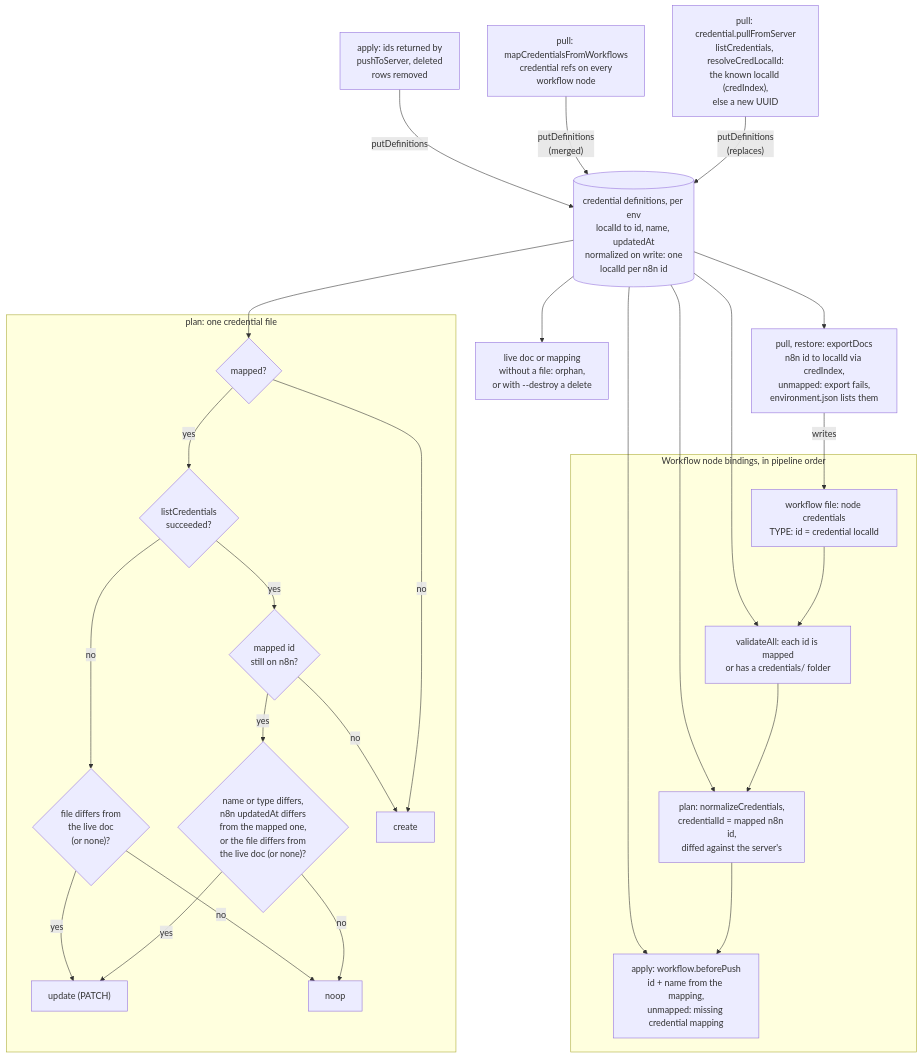
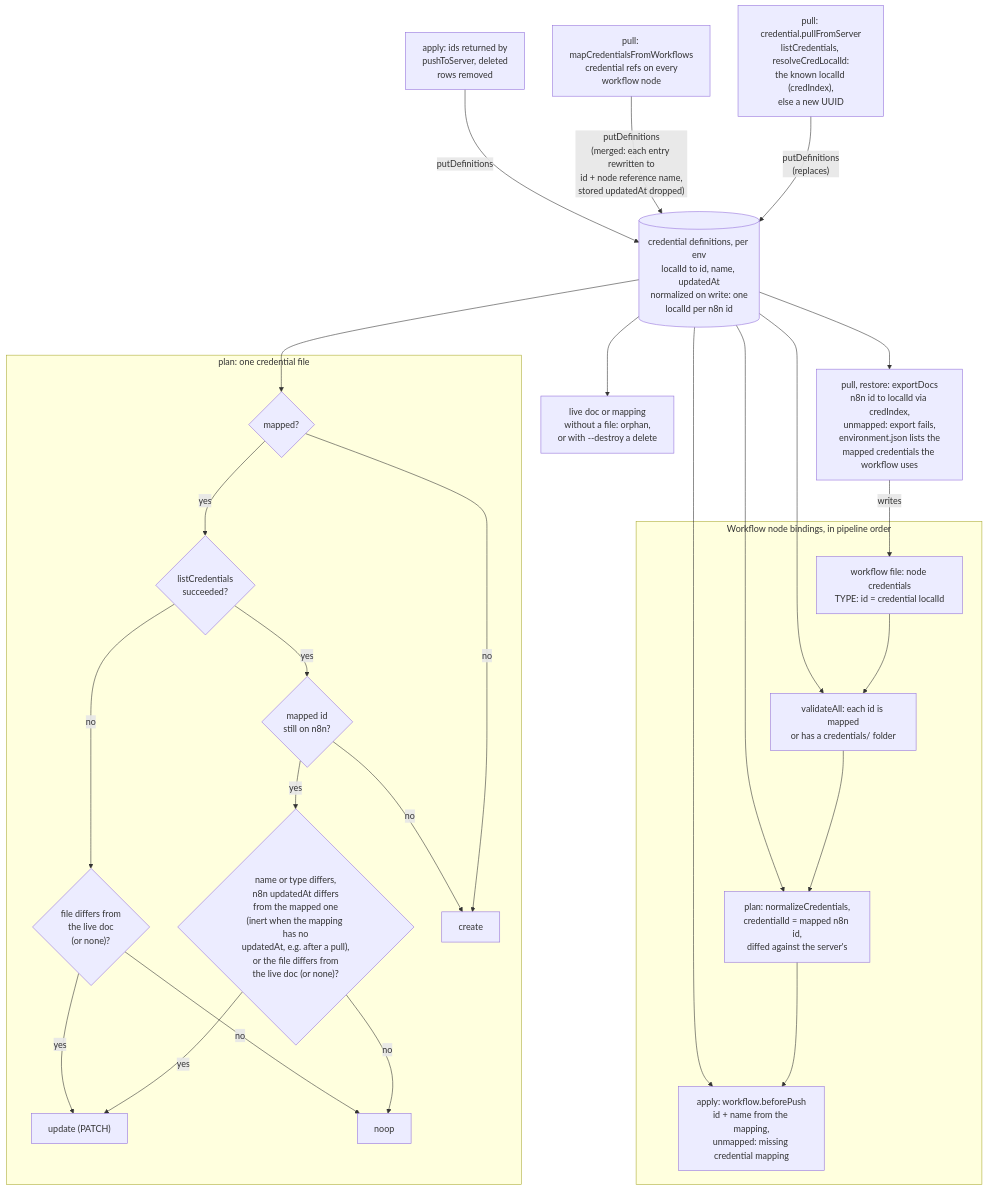
The fifth of 14 diagrams in docs/ARCHITECTURE.md (nullseal/n8c), drawn with Mermaid before and after one commit. The commit also changed other lines of this file, not shown here.

Commit message:
docs: fix diagram accuracy findings

````diff
--- a/docs/ARCHITECTURE.md
+++ b/docs/ARCHITECTURE.md
@@ -277,46 +280,46 @@
 ```mermaid
 flowchart TD
     PF["pull: credential.pullFromServer<br/>listCredentials, resolveCredLocalId:<br/>the known localId (credIndex),<br/>else a new UUID"]
     MW["pull: mapCredentialsFromWorkflows<br/>credential refs on every<br/>workflow node"]
     AP["apply: ids returned by<br/>pushToServer, deleted<br/>rows removed"]
     DEFS[("credential definitions, per env<br/>localId to id, name, updatedAt<br/>normalized on write: one<br/>localId per n8n id")]
     PF -->|"putDefinitions<br/>(replaces)"| DEFS
-    MW -->|"putDefinitions<br/>(merged)"| DEFS
+    MW -->|"putDefinitions<br/>(merged: each entry rewritten to<br/>id + node reference name,<br/>stored updatedAt dropped)"| DEFS
     AP -->|"putDefinitions"| DEFS
 
     subgraph PLAN["plan: one credential file"]
         M{"mapped?"}
         L{"listCredentials<br/>succeeded?"}
         S{"mapped id<br/>still on n8n?"}
-        D{"name or type differs,<br/>n8n updatedAt differs<br/>from the mapped one,<br/>or the file differs from<br/>the live doc (or none)?"}
+        D{"name or type differs,<br/>n8n updatedAt differs<br/>from the mapped one<br/>(inert when the mapping has no<br/>updatedAt, e.g. after a pull),<br/>or the file differs from<br/>the live doc (or none)?"}
         F{"file differs from<br/>the live doc<br/>(or none)?"}
         CREATE["create"]
         UPDATE["update (PATCH)"]
         NOOP["noop"]
         M -->|"no"| CREATE
         M -->|"yes"| L
         L -->|"no"| F
         L -->|"yes"| S
         S -->|"no"| CREATE
         S -->|"yes"| D
         D -->|"yes"| UPDATE
         D -->|"no"| NOOP
         F -->|"yes"| UPDATE
         F -->|"no"| NOOP
     end
     DEFS --> M
     DEFS --> GONE["live doc or mapping<br/>without a file: orphan,<br/>or with --destroy a delete"]
 
     subgraph BIND["Workflow node bindings, in pipeline order"]
         NF["workflow file: node credentials<br/>TYPE: id = credential localId"]
         V["validateAll: each id is mapped<br/>or has a credentials/ folder"]
         N["plan: normalizeCredentials,<br/>credentialId = mapped n8n id,<br/>diffed against the server's"]
         B["apply: workflow.beforePush<br/>id + name from the mapping,<br/>unmapped: missing credential mapping"]
         NF --> V --> N --> B
     end
     DEFS --> V
     DEFS --> N
     DEFS --> B
-    DEFS --> X["pull, restore: exportDocs<br/>n8n id to localId via credIndex,<br/>unmapped: export fails,<br/>environment.json lists them"]
+    DEFS --> X["pull, restore: exportDocs<br/>n8n id to localId via credIndex,<br/>unmapped: export fails,<br/>environment.json lists the<br/>mapped credentials the workflow uses"]
     X -->|"writes"| NF
 ```
````
